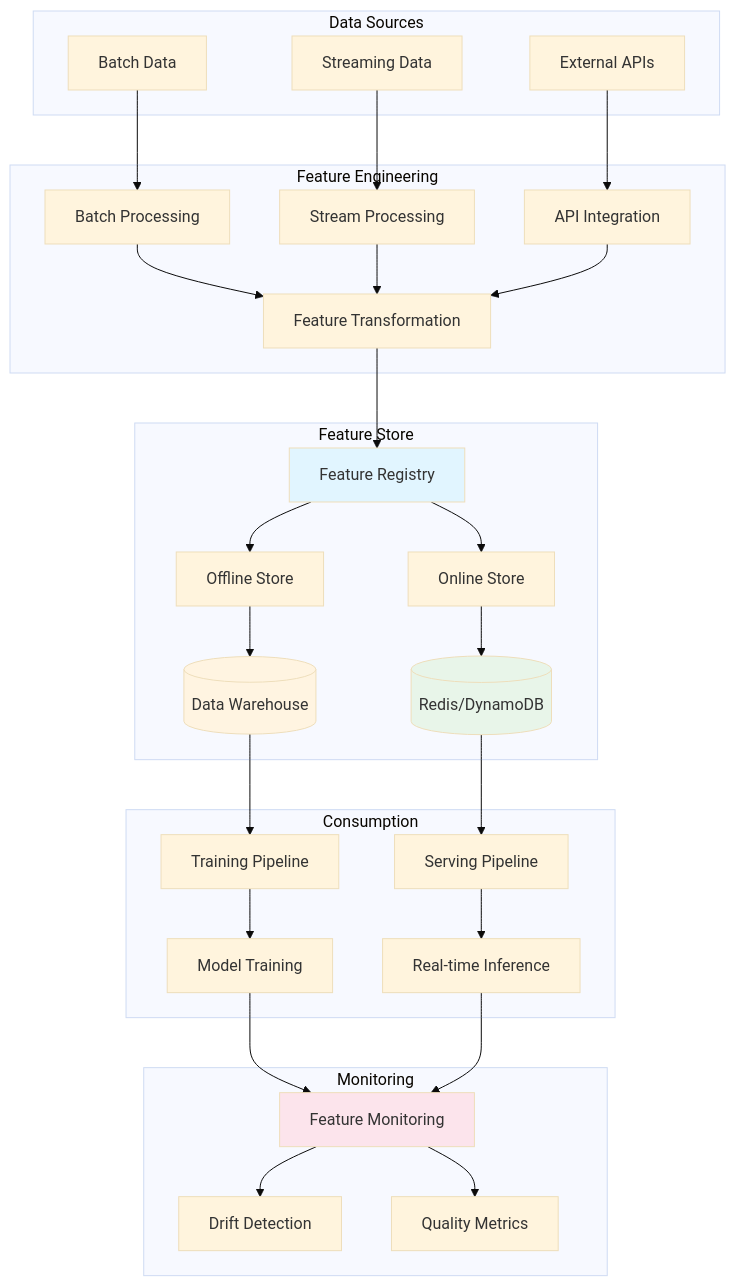
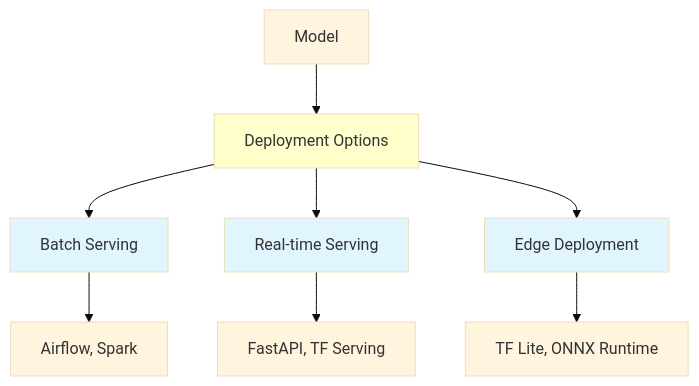
Before and after one commit to nvgr-GenAI/my-learning: the sixth of 8 diagrams in docs/ml/mlops/index.md, drawn with Mermaid (base theme). The commit also changed other lines of this file and 82 other files, not shown here.

````diff
--- a/docs/ml/mlops/index.md
+++ b/docs/ml/mlops/index.md
@@ -1939,44 +204,17 @@
 ```mermaid
 graph TB
-    subgraph "Data Sources"
-        A[Batch Data]
-        B[Streaming Data]
-        C[External APIs]
-    end
+    Model[Model] --> Deploy[Deployment Options]
 
-    subgraph "Feature Engineering"
-        A --> D[Batch Processing]
-        B --> E[Stream Processing]
-        C --> F[API Integration]
-        D --> G[Feature Transformation]
-        E --> G
-        F --> G
-    end
+    Deploy --> Batch[Batch Serving]
+    Deploy --> RT[Real-time Serving]
+    Deploy --> Edge[Edge Deployment]
 
-    subgraph "Feature Store"
-        G --> H[Feature Registry]
-        H --> I[Offline Store]
-        H --> J[Online Store]
-        I --> K[(Data Warehouse)]
-        J --> L[(Redis/DynamoDB)]
-    end
+    Batch --> Tools1[Airflow, Spark]
+    RT --> Tools2[FastAPI, TF Serving]
+    Edge --> Tools3[TF Lite, ONNX Runtime]
 
-    subgraph "Consumption"
-        K --> M[Training Pipeline]
-        L --> N[Serving Pipeline]
-        M --> O[Model Training]
-        N --> P[Real-time Inference]
-    end
-
-    subgraph "Monitoring"
-        O --> Q[Feature Monitoring]
-        P --> Q
-        Q --> R[Drift Detection]
-        Q --> S[Quality Metrics]
-    end
-
-    style H fill:#e1f5ff
-    style K fill:#fff4e1
-    style L fill:#e8f5e9
-    style Q fill:#fce4ec
+    style Deploy fill:#ffffcc
+    style Batch fill:#e1f5ff
+    style RT fill:#e1f5ff
+    style Edge fill:#e1f5ff
 ```
````
